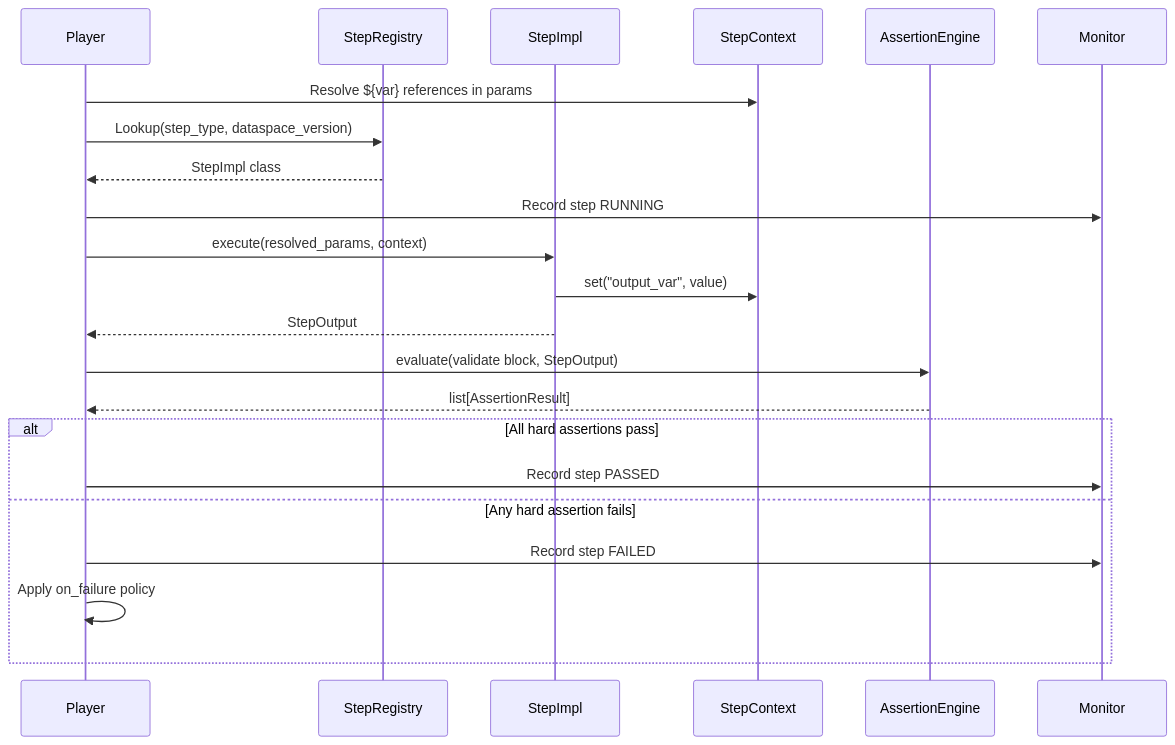
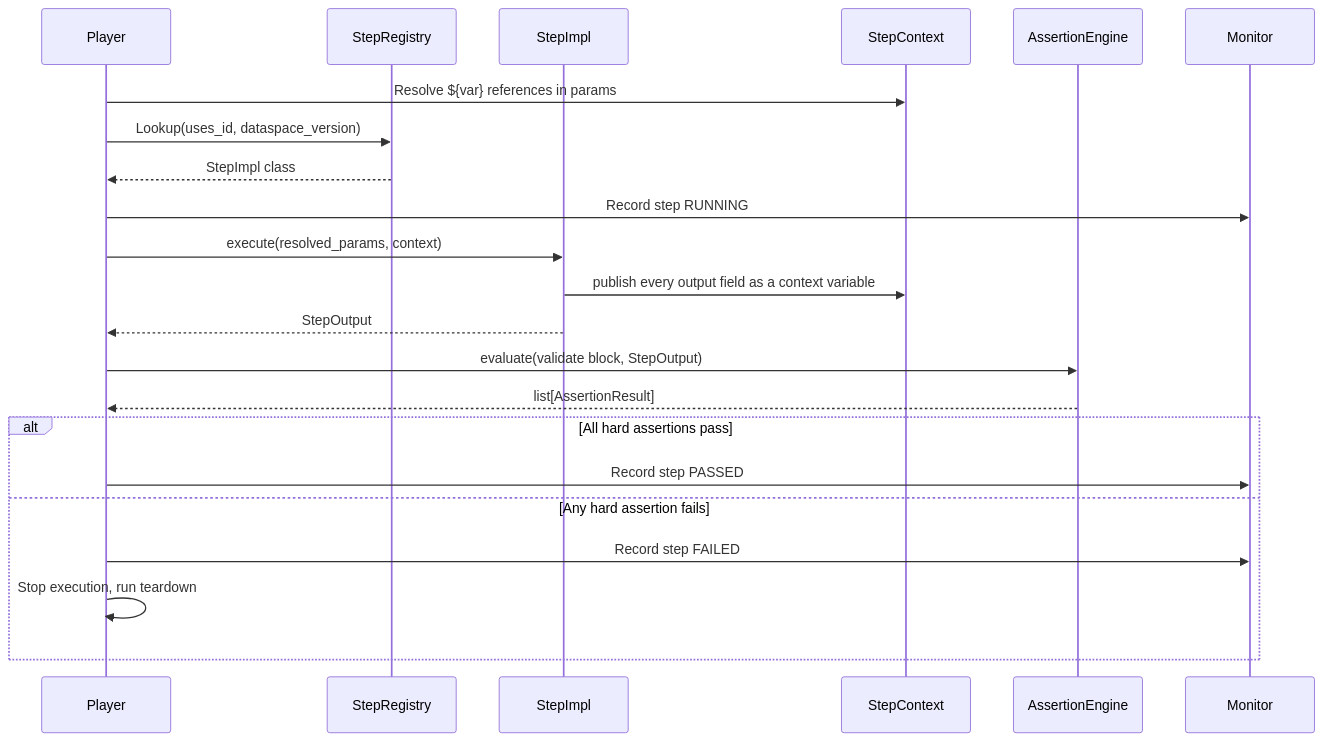
Before and after one commit to eclipse-tractusx/tractusx-testlab: the third of 15 diagrams in docs/specification/specification/concepts.md, drawn with Mermaid. The commit also changed other lines of this file and 103 other files, not shown here.

````diff
--- a/docs/specification/specification/concepts.md
+++ b/docs/specification/specification/concepts.md
@@ -128,25 +128,25 @@
 ```mermaid
 sequenceDiagram
     participant P as Player
     participant R as StepRegistry
     participant S as StepImpl
     participant C as StepContext
     participant A as AssertionEngine
     participant M as Monitor
 
     P->>C: Resolve ${var} references in params
-    P->>R: Lookup(step_type, dataspace_version)
+    P->>R: Lookup(uses_id, dataspace_version)
     R-->>P: StepImpl class
     P->>M: Record step RUNNING
     P->>S: execute(resolved_params, context)
-    S->>C: set("output_var", value)
+    S->>C: publish every output field as a context variable
     S-->>P: StepOutput
     P->>A: evaluate(validate block, StepOutput)
     A-->>P: list[AssertionResult]
     alt All hard assertions pass
         P->>M: Record step PASSED
     else Any hard assertion fails
         P->>M: Record step FAILED
-        P->>P: Apply on_failure policy
+        P->>P: Stop execution, run teardown
     end
 ```
````
